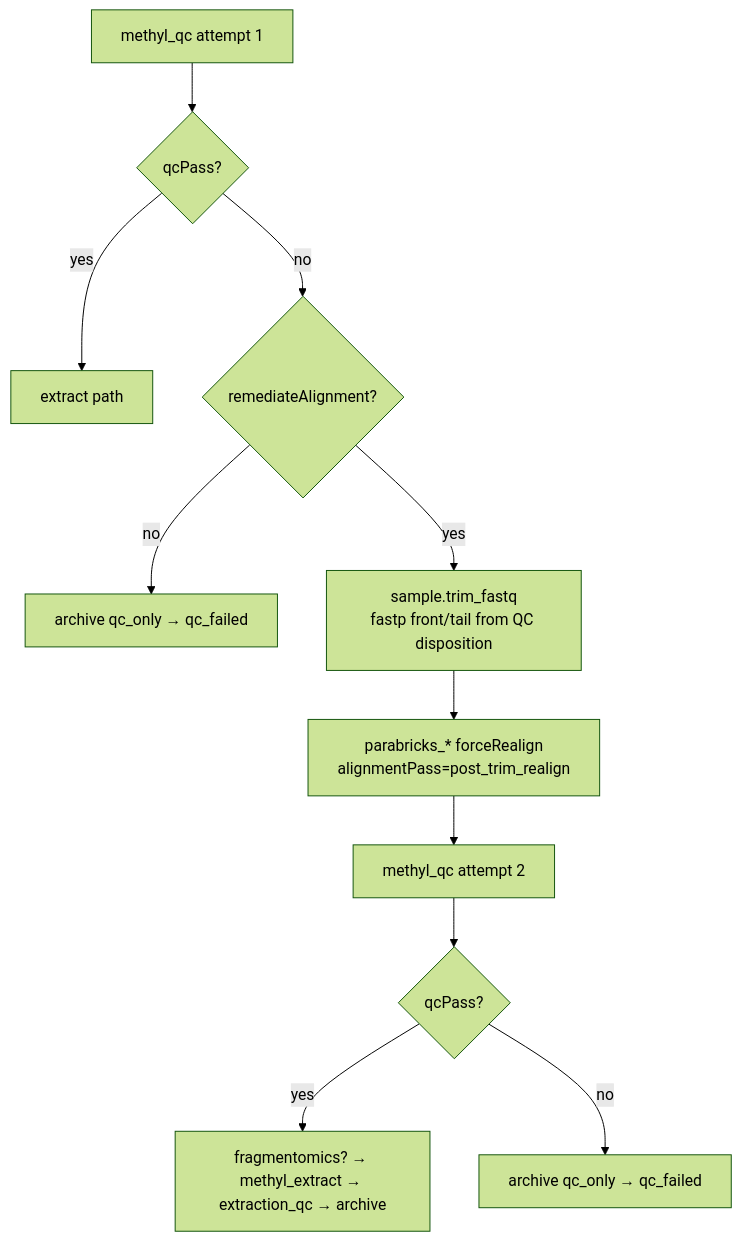
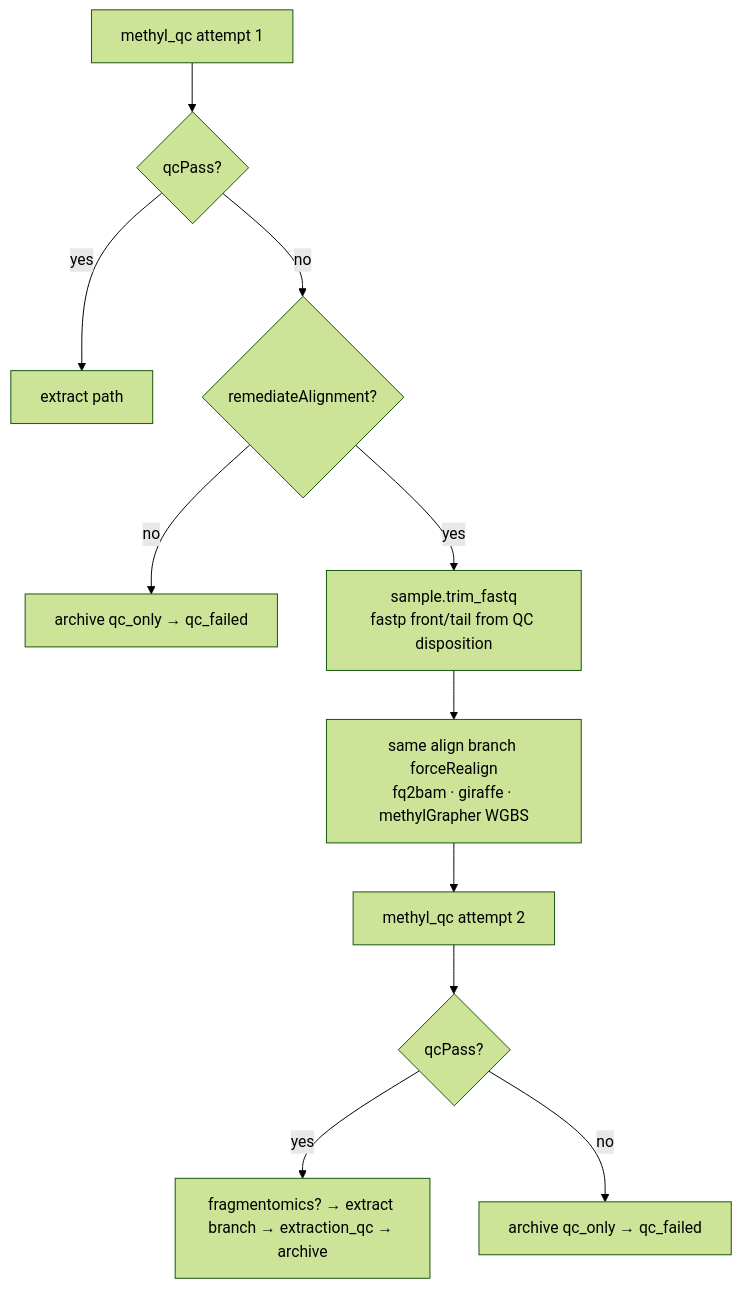
Before and after one commit to Goliath-Research/GoliathWorkflow: the seventh of 18 diagrams in docs/architecture/end-to-end-workflow.md, drawn with Mermaid (forest theme). The commit also changed other lines of this file and 20 other files, not shown here.

````diff
--- a/docs/architecture/end-to-end-workflow.md
+++ b/docs/architecture/end-to-end-workflow.md
@@ -193,13 +199,13 @@
 ```mermaid
 flowchart TD
   QC1["methyl_qc attempt 1"] --> P{"qcPass?"}
   P -->|yes| OK["extract path"]
   P -->|no| R{"remediateAlignment?"}
   R -->|no| FAIL["archive qc_only → qc_failed"]
   R -->|yes| T["sample.trim_fastq<br/>fastp front/tail from QC disposition"]
-  T --> RA["parabricks_* forceRealign<br/>alignmentPass=post_trim_realign"]
+  T --> RA["same align branch forceRealign<br/>fq2bam · giraffe · methylGrapher WGBS"]
   RA --> QC2["methyl_qc attempt 2"]
   QC2 --> P2{"qcPass?"}
-  P2 -->|yes| OK2["fragmentomics? → methyl_extract → extraction_qc → archive"]
+  P2 -->|yes| OK2["fragmentomics? → extract branch → extraction_qc → archive"]
   P2 -->|no| FAIL2["archive qc_only → qc_failed"]
 ```
````
